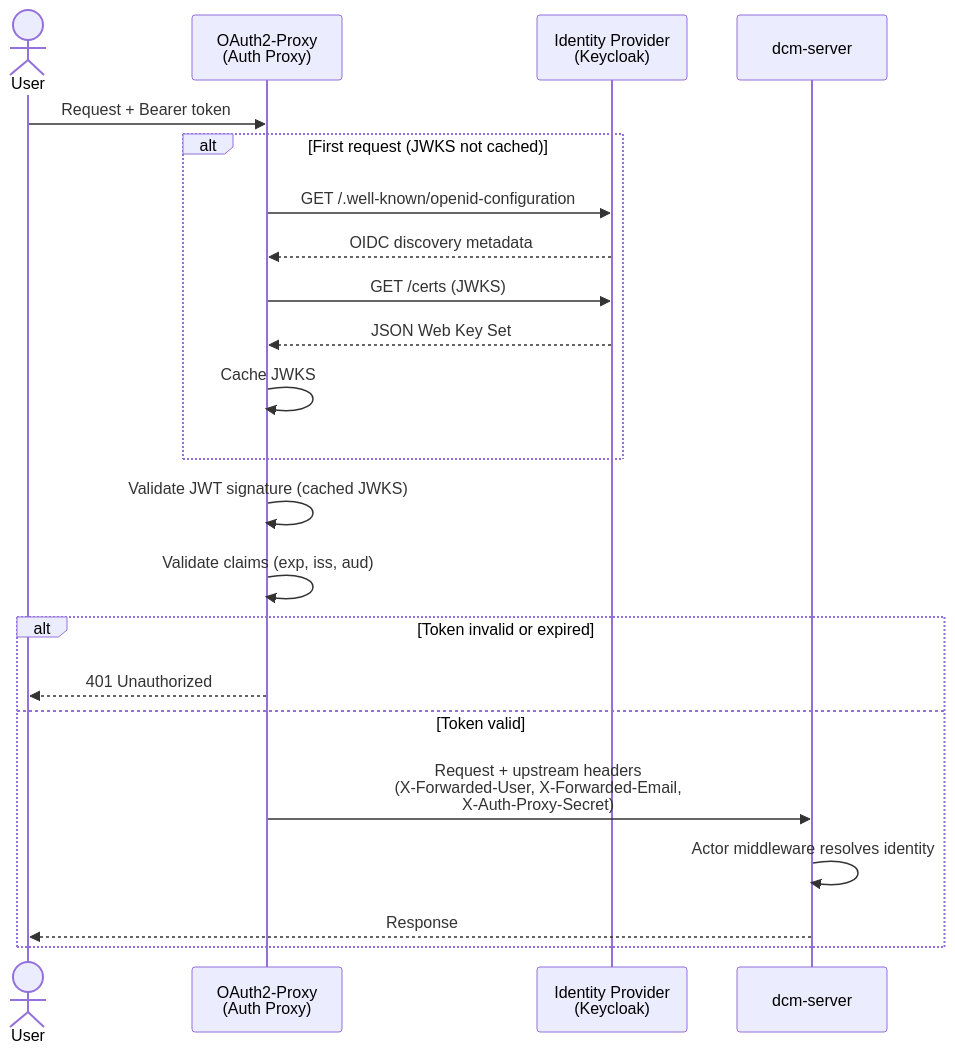
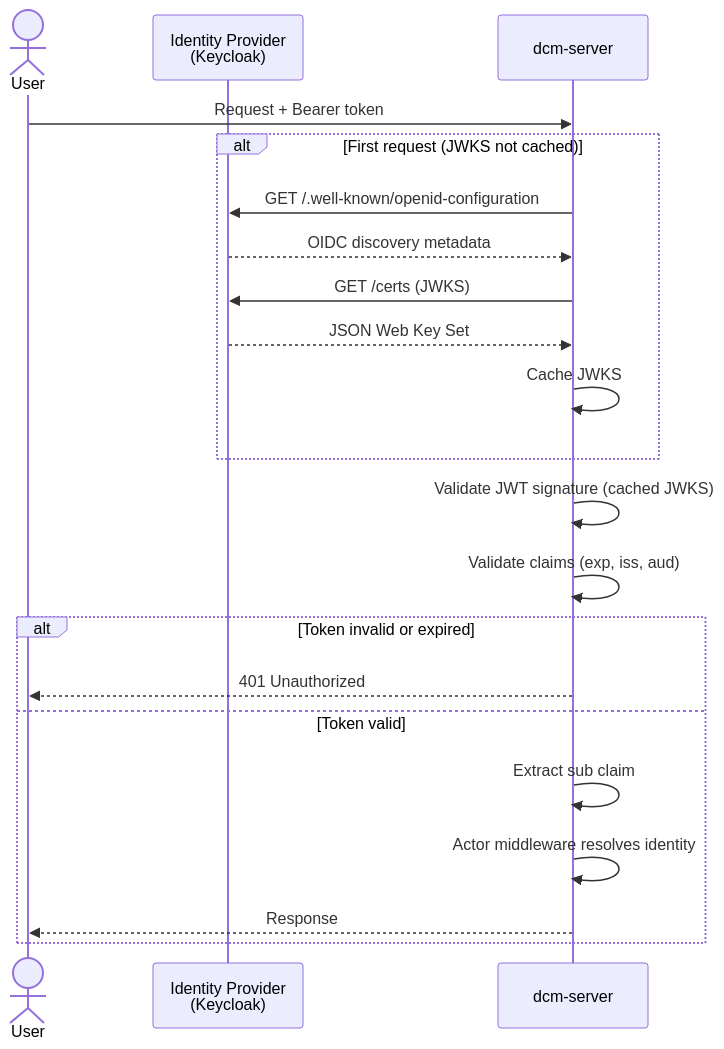
One commit to dcm-project/enhancements changed the first of 2 diagrams in enhancements/authentication/authentication.md. Above: the diagram before and after it, drawn with Mermaid. The commit also changed other lines of this file, not shown here.

First line of the commit message:
docs(authentication): update enhancement to reflect in-app JWT validation (#90)

````diff
--- a/enhancements/authentication/authentication.md
+++ b/enhancements/authentication/authentication.md
@@ -177,28 +205,27 @@
 ```mermaid
 sequenceDiagram
     actor User
-    participant OP as OAuth2-Proxy<br/>(Auth Proxy)
     participant IdP as Identity Provider<br/>(Keycloak)
     participant DCM as dcm-server
 
-    User->>OP: Request + Bearer token
+    User->>DCM: Request + Bearer token
 
     alt First request (JWKS not cached)
-        OP->>IdP: GET /.well-known/openid-configuration
-        IdP-->>OP: OIDC discovery metadata
-        OP->>IdP: GET /certs (JWKS)
-        IdP-->>OP: JSON Web Key Set
-        OP->>OP: Cache JWKS
+        DCM->>IdP: GET /.well-known/openid-configuration
+        IdP-->>DCM: OIDC discovery metadata
+        DCM->>IdP: GET /certs (JWKS)
+        IdP-->>DCM: JSON Web Key Set
+        DCM->>DCM: Cache JWKS
     end
 
-    OP->>OP: Validate JWT signature (cached JWKS)
-    OP->>OP: Validate claims (exp, iss, aud)
+    DCM->>DCM: Validate JWT signature (cached JWKS)
+    DCM->>DCM: Validate claims (exp, iss, aud)
 
     alt Token invalid or expired
-        OP-->>User: 401 Unauthorized
+        DCM-->>User: 401 Unauthorized
     else Token valid
-        OP->>DCM: Request + upstream headers<br/>(X-Forwarded-User, X-Forwarded-Email,<br/>X-Auth-Proxy-Secret)
+        DCM->>DCM: Extract sub claim
         DCM->>DCM: Actor middleware resolves identity
         DCM-->>User: Response
     end
 ```
````
